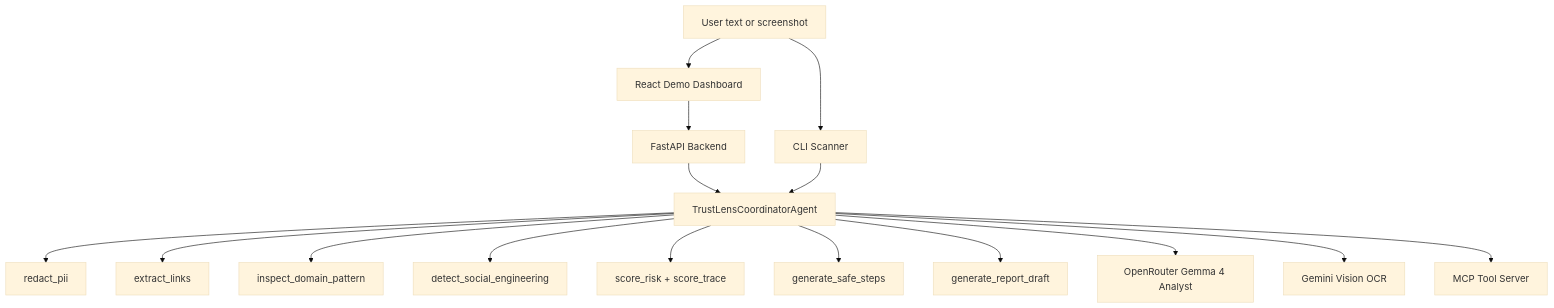
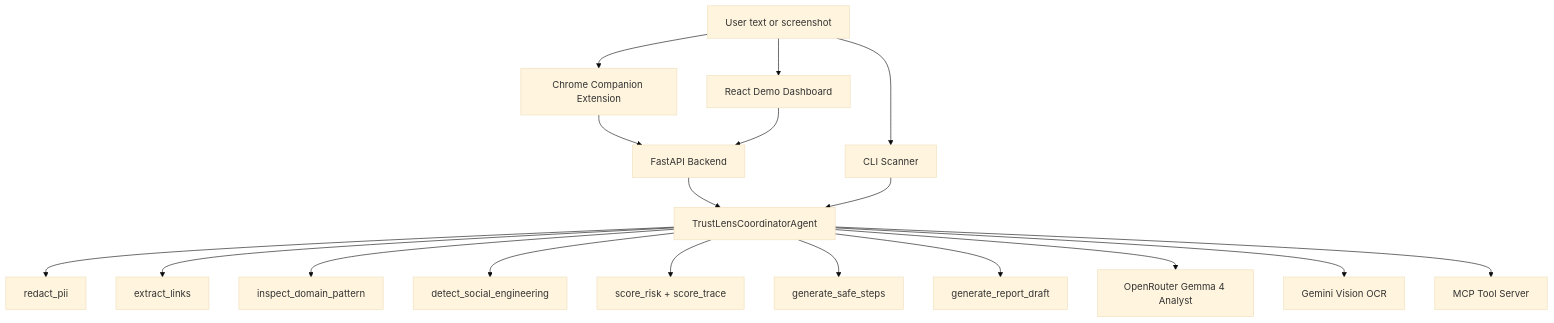
One commit to git-clowie/trustlens-agent changed the diagram in README.md. Above: the diagram before and after it, drawn with Mermaid (base theme). The commit also changed other lines of this file and 40 other files, not shown here.

````diff
--- a/README.md
+++ b/README.md
@@ -26,18 +28,20 @@
 ```mermaid
 flowchart TD
   User["User text or screenshot"] --> Web["React Demo Dashboard"]
+  User --> Ext["Chrome Companion Extension"]
   User --> CLI["CLI Scanner"]
+  Ext --> API
   Web --> API["FastAPI Backend"]
   API --> Agent["TrustLensCoordinatorAgent"]
   CLI --> Agent
   Agent --> PII["redact_pii"]
   Agent --> Links["extract_links"]
   Agent --> Domains["inspect_domain_pattern"]
   Agent --> Social["detect_social_engineering"]
   Agent --> Score["score_risk + score_trace"]
   Agent --> Steps["generate_safe_steps"]
   Agent --> Report["generate_report_draft"]
   Agent --> Gemma["OpenRouter Gemma 4 Analyst"]
   Agent --> OCR["Gemini Vision OCR"]
   Agent --> MCP["MCP Tool Server"]
 ```
````
